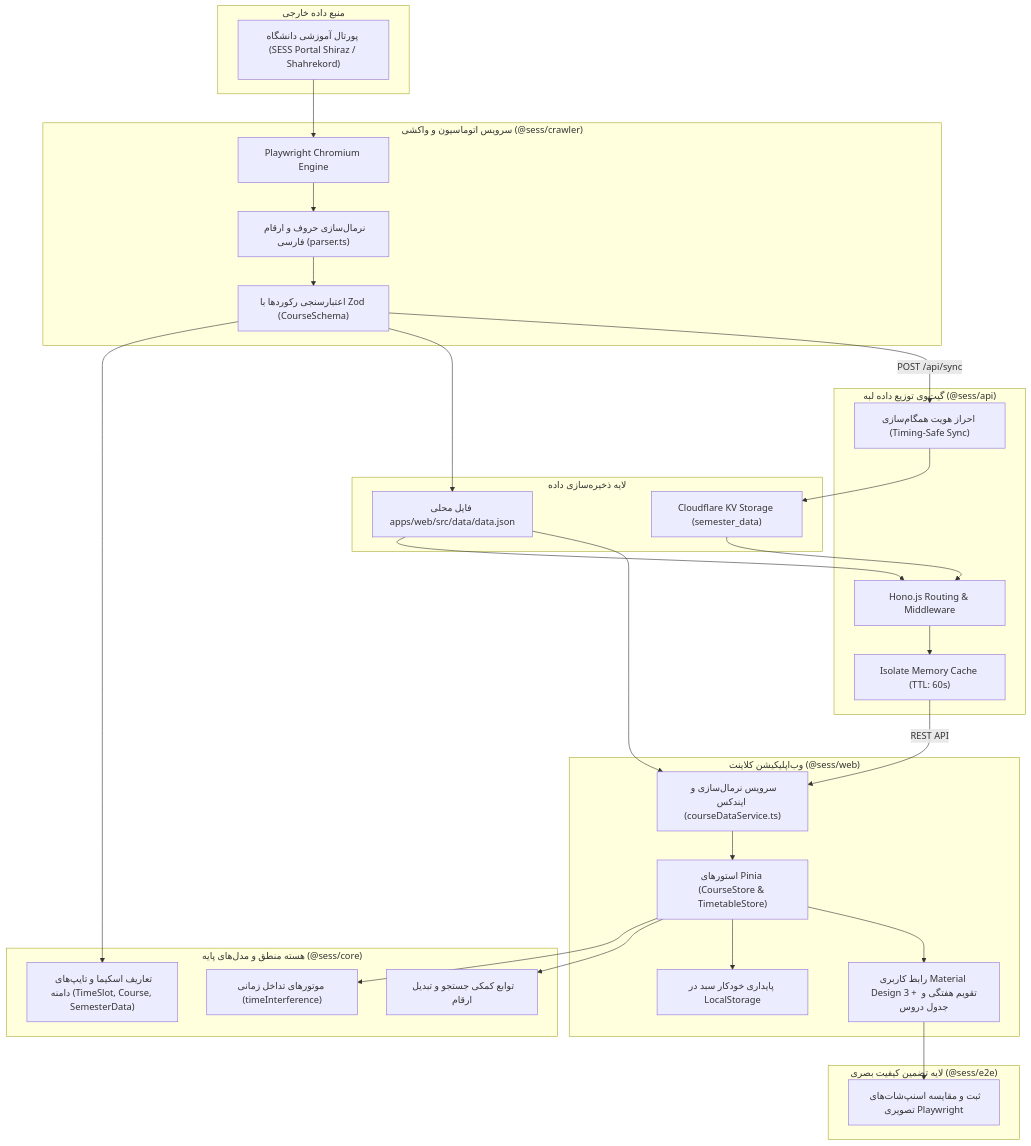
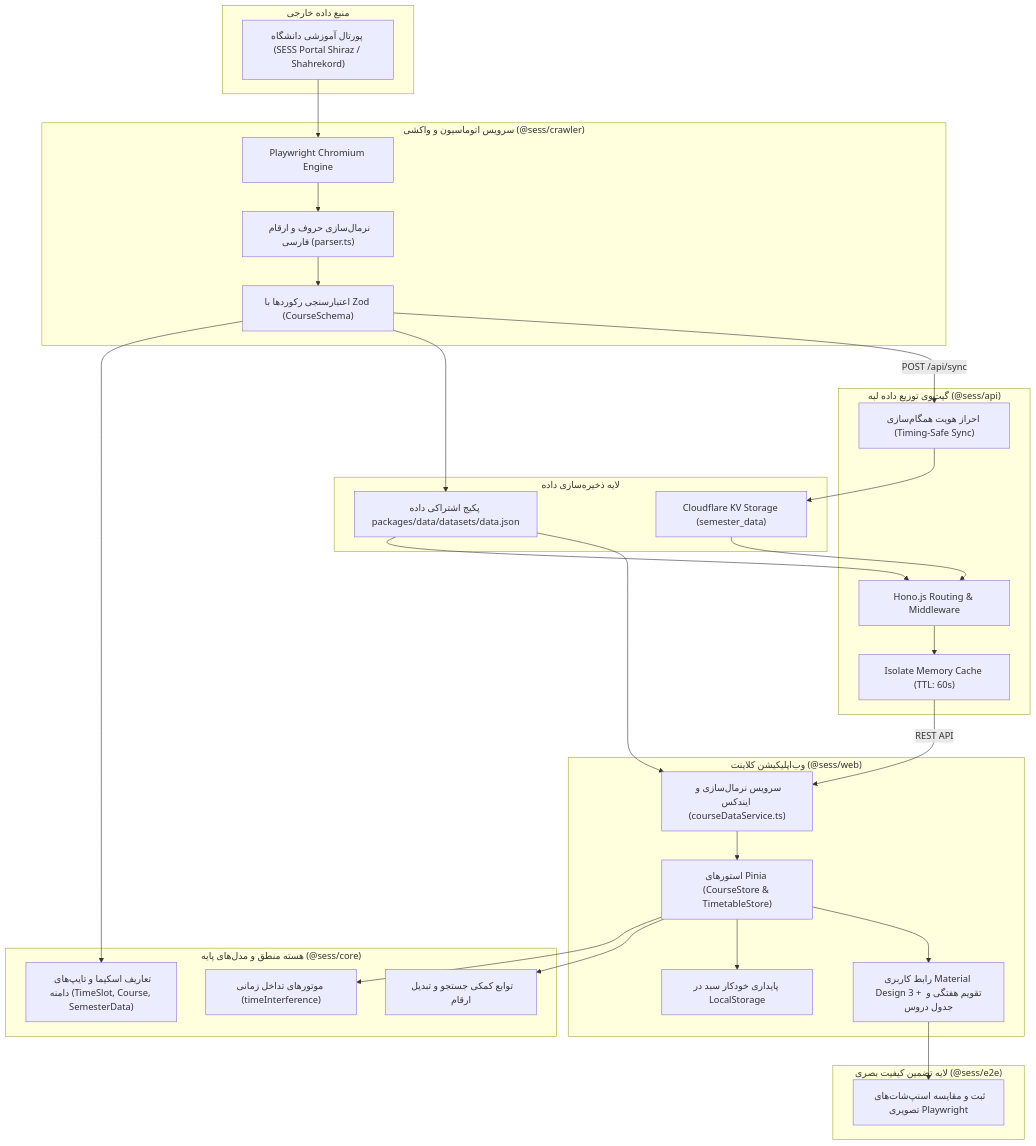
The diagram in apps/docs/architecture/core-first.md (rashcode-com/Sess-Timetabling-App), drawn with Mermaid before and after one commit. The commit also changed 31 other files, not shown here.

First line of the commit message:
feat(data): Decouple dataset package and optimize async web loading

````diff
--- a/apps/docs/architecture/core-first.md
+++ b/apps/docs/architecture/core-first.md
@@ -44,59 +44,59 @@
 ```mermaid
 flowchart TD
     subgraph SESS_Source ["منبع داده خارجی"]
         SESS["پورتال آموزشی دانشگاه (SESS Portal Shiraz / Shahrekord)"]
     end
 
     subgraph CrawlerLayer ["سرویس اتوماسیون و واکشی (@sess/crawler)"]
         PW["Playwright Chromium Engine"]
         NORM["نرمال‌سازی حروف و ارقام فارسی (parser.ts)"]
         VALIDATE["اعتبارسنجی رکوردها با Zod (CourseSchema)"]
     end
 
     subgraph CoreLayer ["هسته منطق و مدل‌های پایه (@sess/core)"]
         SCHEMAS["تعاریف اسکیما و تایپ‌های دامنه (TimeSlot, Course, SemesterData)"]
         ENGINES["موتورهای تداخل زمانی (timeInterference)"]
         HELPERS["توابع کمکی جستجو و تبدیل ارقام"]
     end
 
     subgraph StorageLayer ["لایه ذخیره‌سازی داده"]
         KV["Cloudflare KV Storage (semester_data)"]
-        JSON["فایل محلی apps/web/src/data/data.json"]
+        JSON["پکیج اشتراکی داده packages/data/datasets/data.json"]
     end
 
     subgraph APIGateway ["گیت‌وی توزیع داده لبه (@sess/api)"]
         HONO["Hono.js Routing & Middleware"]
         SECURE["احراز هویت همگام‌سازی (Timing-Safe Sync)"]
         CACHE["Isolate Memory Cache (TTL: 60s)"]
     end
 
     subgraph WebClient ["وب‌اپلیکیشن کلاینت (@sess/web)"]
         ETL["سرویس نرمال‌سازی و ایندکس (courseDataService.ts)"]
         STORES["استورهای Pinia (CourseStore & TimetableStore)"]
         PERSIST["پایداری خودکار سبد در LocalStorage"]
         GUI["رابط کاربری Material Design 3 + تقویم هفتگی و جدول دروس"]
     end
 
     subgraph E2ELayer ["لایه تضمین کیفیت بصری (@sess/e2e)"]
         SNAPSHOTS["ثبت و مقایسه اسنپ‌شات‌های تصویری Playwright"]
     end
 
     SESS --> PW
     PW --> NORM
     NORM --> VALIDATE
     VALIDATE --> SCHEMAS
     VALIDATE --> JSON
     VALIDATE -- POST /api/sync --> SECURE
     SECURE --> KV
     JSON --> HONO
     KV --> HONO
     HONO --> CACHE
     JSON --> ETL
     CACHE -- REST API --> ETL
     ETL --> STORES
     STORES --> ENGINES
     STORES --> HELPERS
     STORES --> PERSIST
     STORES --> GUI
     GUI --> SNAPSHOTS
 ```
````
